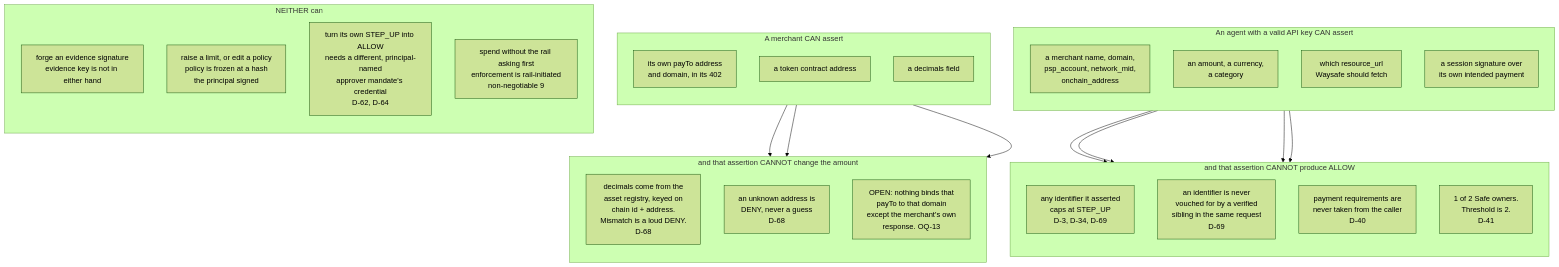
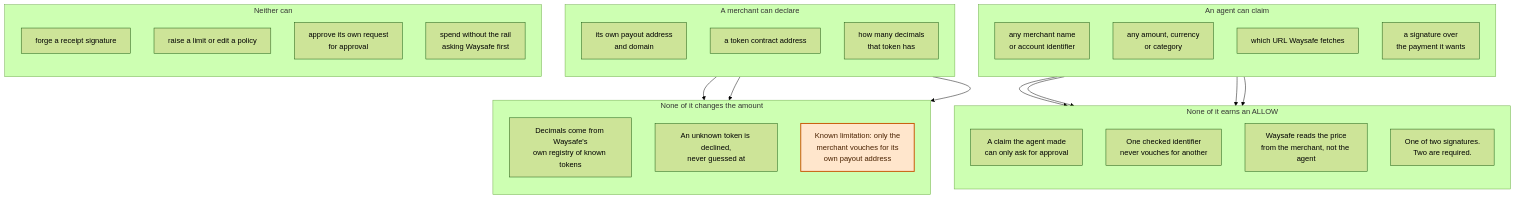
Before and after one commit to getwaysafe/waysafe: the diagram in docs/diagrams/trust.mmd, drawn with Mermaid (forest theme). The commit also changed 26 other files, not shown here.

```diff
--- a/docs/diagrams/trust.mmd
+++ b/docs/diagrams/trust.mmd
@@ -1,46 +1,48 @@
 flowchart TB
-  subgraph AG["An agent with a valid API key CAN assert"]
+  classDef limitation fill:#ffe6cc,stroke:#c75300,stroke-width:2px,color:#4a2200
+
+  subgraph AG["An agent can claim"]
     direction TB
-    A1["a merchant name, domain,<br/>psp_account, network_mid,<br/>onchain_address"]
-    A2["an amount, a currency,<br/>a category"]
-    A3["which resource_url<br/>Waysafe should fetch"]
-    A4["a session signature over<br/>its own intended payment"]
+    A1["any merchant name<br/>or account identifier"]
+    A2["any amount, currency<br/>or category"]
+    A3["which URL Waysafe fetches"]
+    A4["a signature over<br/>the payment it wants"]
   end
 
-  subgraph AGN["and that assertion CANNOT produce ALLOW"]
+  subgraph AGN["None of it earns an ALLOW"]
     direction TB
-    B1["any identifier it asserted<br/>caps at STEP_UP<br/>D-3, D-34, D-69"]
-    B2["an identifier is never<br/>vouched for by a verified<br/>sibling in the same request<br/>D-69"]
-    B3["payment requirements are<br/>never taken from the caller<br/>D-40"]
-    B4["1 of 2 Safe owners.<br/>Threshold is 2.<br/>D-41"]
+    B1["A claim the agent made<br/>can only ask for approval"]
+    B2["One checked identifier<br/>never vouches for another"]
+    B3["Waysafe reads the price<br/>from the merchant, not the agent"]
+    B4["One of two signatures.<br/>Two are required."]
   end
 
-  subgraph ME["A merchant CAN assert"]
+  subgraph ME["A merchant can declare"]
     direction TB
-    C1["its own payTo address<br/>and domain, in its 402"]
+    C1["its own payout address<br/>and domain"]
     C2["a token contract address"]
-    C3["a decimals field"]
+    C3["how many decimals<br/>that token has"]
   end
 
-  subgraph MEN["and that assertion CANNOT change the amount"]
+  subgraph MEN["None of it changes the amount"]
     direction TB
-    D1["decimals come from the<br/>asset registry, keyed on<br/>chain id + address.<br/>Mismatch is a loud DENY.<br/>D-68"]
-    D2["an unknown address is<br/>DENY, never a guess<br/>D-68"]
-    D3["OPEN: nothing binds that<br/>payTo to that domain<br/>except the merchant's own<br/>response. OQ-13"]
+    D1["Decimals come from Waysafe's<br/>own registry of known tokens"]
+    D2["An unknown token is declined,<br/>never guessed at"]
+    D3["Known limitation: only the<br/>merchant vouches for its<br/>own payout address"]:::limitation
   end
 
-  subgraph NE["NEITHER can"]
+  subgraph NE["Neither can"]
     direction TB
-    E1["forge an evidence signature<br/>evidence key is not in either hand"]
-    E2["raise a limit, or edit a policy<br/>policy is frozen at a hash<br/>the principal signed"]
-    E3["turn its own STEP_UP into ALLOW<br/>needs a different, principal-named<br/>approver mandate's credential<br/>D-62, D-64"]
-    E4["spend without the rail asking first<br/>enforcement is rail-initiated<br/>non-negotiable 9"]
+    E1["forge a receipt signature"]
+    E2["raise a limit or edit a policy"]
+    E3["approve its own request<br/>for approval"]
+    E4["spend without the rail<br/>asking Waysafe first"]
   end
 
   A1 --> B1
   A1 --> B2
   A3 --> B3
   A4 --> B4
   C3 --> D1
   C2 --> D2
   C1 --> D3
```
